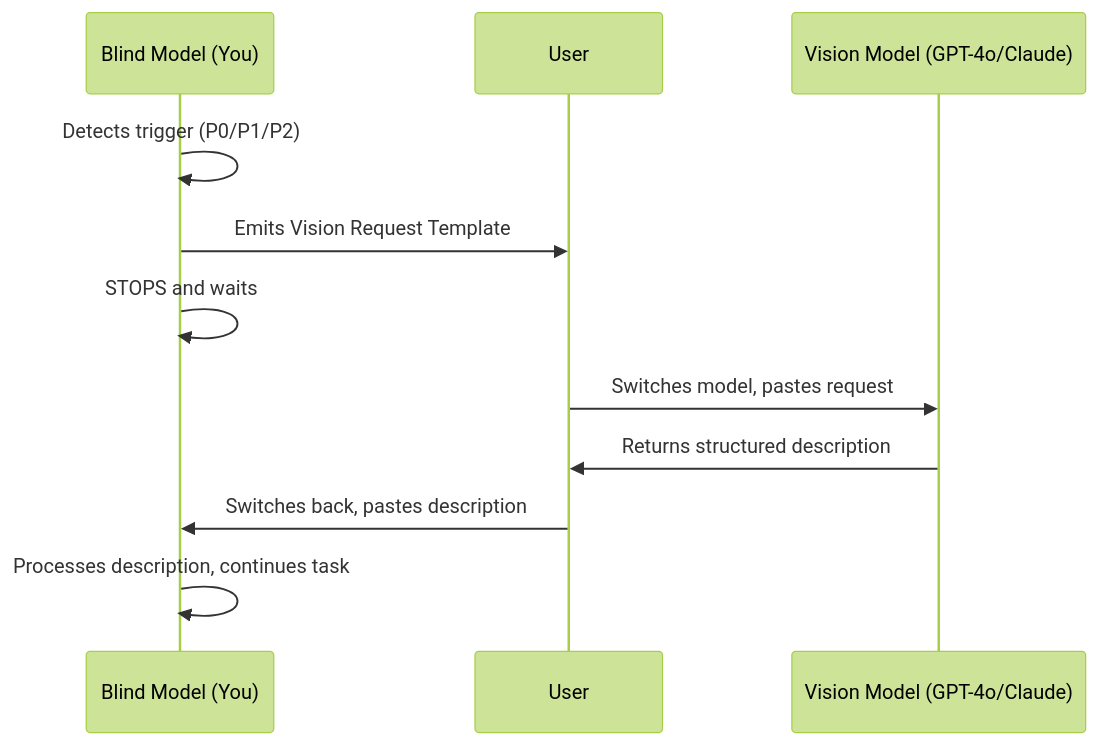
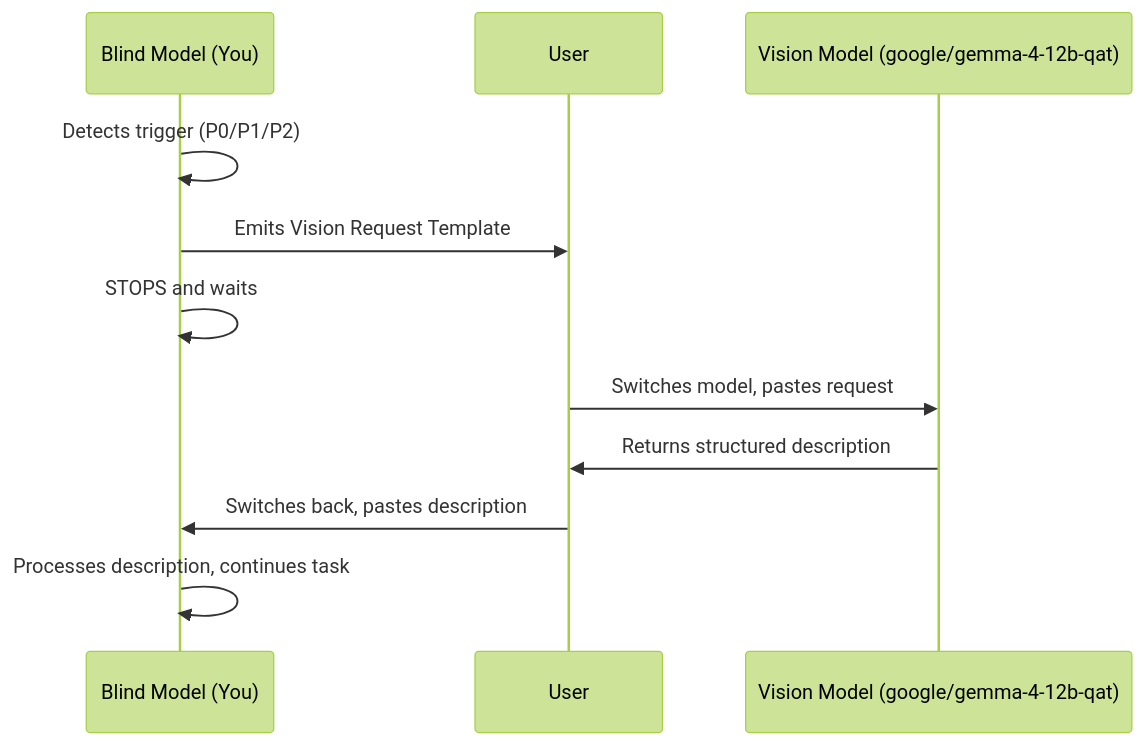
The diagram in deploy/.agents/instructions/vision-bridge/SKILL.md (jtmb/ingenium), drawn with Mermaid (forest theme) before and after one commit. The commit also changed other lines of this file and 6 other files, not shown here.

Commit message:
audit: fix vision-bridge model refs (GPT-4o/Claude → google/gemma-4-12b-qat), clean up dupes, sync deploy docs

````diff
--- a/deploy/.agents/instructions/vision-bridge/SKILL.md
+++ b/deploy/.agents/instructions/vision-bridge/SKILL.md
@@ -70,14 +71,14 @@
 ```mermaid
 sequenceDiagram
     participant B as Blind Model (You)
     participant U as User
-    participant V as Vision Model (GPT-4o/Claude)
+    participant V as Vision Model (google/gemma-4-12b-qat)
 
     B->>B: Detects trigger (P0/P1/P2)
     B->>U: Emits Vision Request Template
     B->>B: STOPS and waits
     U->>V: Switches model, pastes request
     V->>U: Returns structured description
     U->>B: Switches back, pastes description
     B->>B: Processes description, continues task
 ```
````
